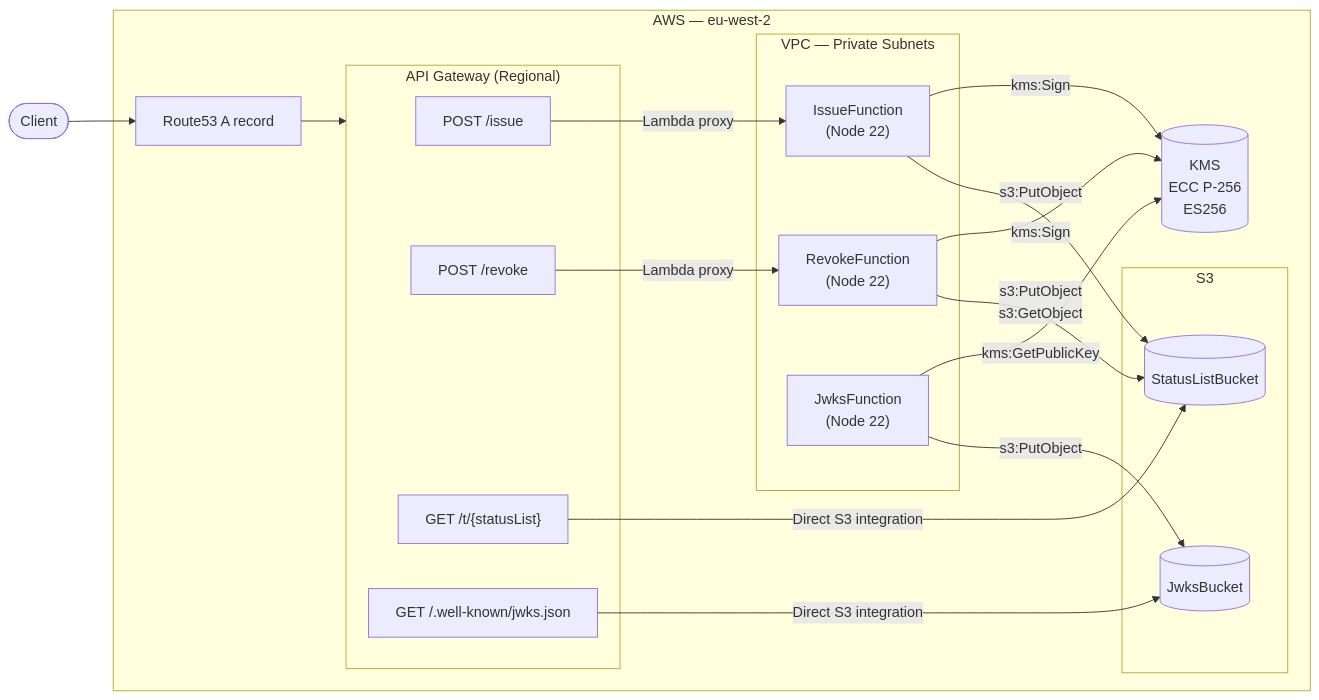
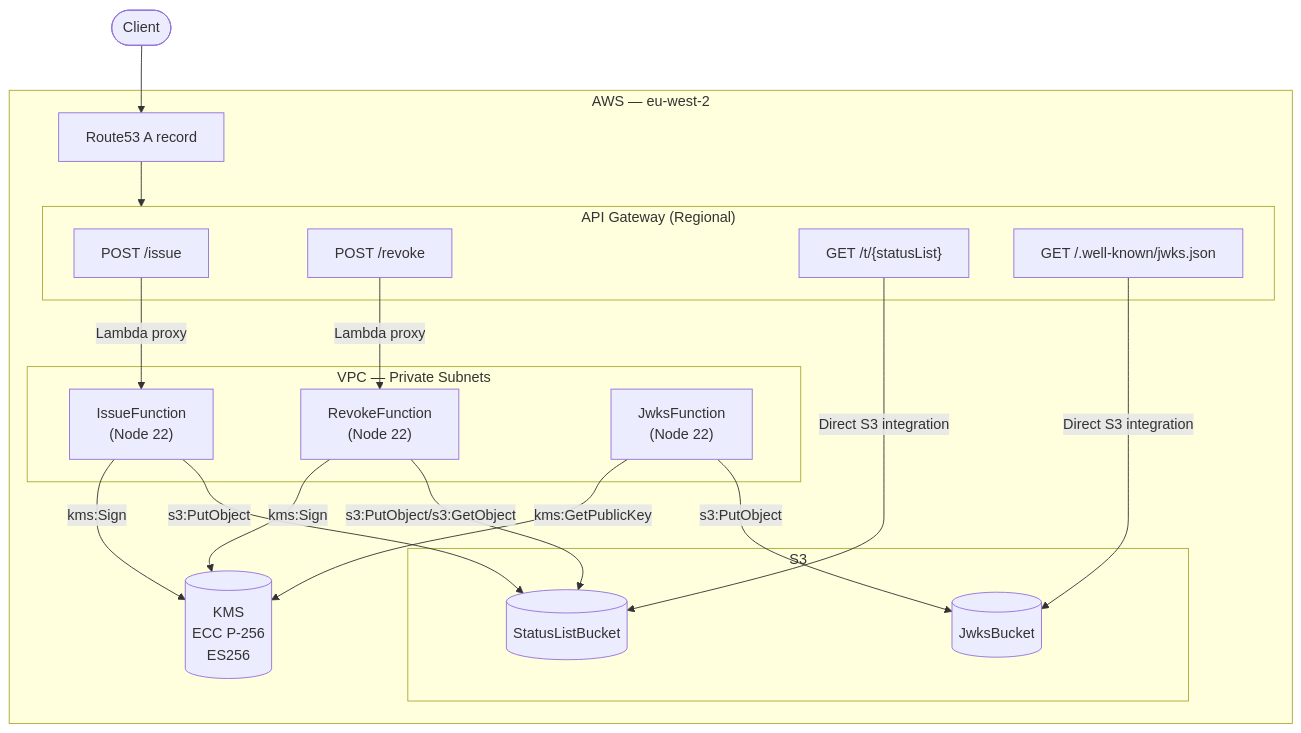
The diagram in docs/infrastructure.md (govuk-one-login/mobile-wallet-status-list-mock), drawn with Mermaid before and after one commit. The commit also changed other lines of this file and 1 other file, not shown here.

````diff
--- a/docs/infrastructure.md
+++ b/docs/infrastructure.md
@@ -8,45 +7,45 @@
 ```mermaid
-flowchart LR
+flowchart TB
     client(["Client"])
 
     subgraph aws ["AWS — eu-west-2"]
         r53["Route53 A record"]
 
         subgraph apigw ["API Gateway (Regional)"]
             ep1["POST /issue"]
             ep2["POST /revoke"]
             ep3["GET /t/{statusList}"]
             ep4["GET /.well-known/jwks.json"]
         end
 
         subgraph vpc ["VPC — Private Subnets"]
             issueF["IssueFunction\n(Node 22)"]
             revokeF["RevokeFunction\n(Node 22)"]
             jwksF["JwksFunction\n(Node 22)"]
         end
 
         kms[("KMS\nECC P-256\nES256")]
 
         subgraph s3 ["S3"]
             statusBucket[("StatusListBucket")]
             jwksBucket[("JwksBucket")]
         end
     end
 
     client --> r53
     r53 --> apigw
 
     ep1 -->|Lambda proxy| issueF
     ep2 -->|Lambda proxy| revokeF
     ep3 -->|Direct S3 integration| statusBucket
     ep4 -->|Direct S3 integration| jwksBucket
 
     issueF -->|kms:Sign| kms
     issueF -->|s3:PutObject| statusBucket
 
     revokeF -->|kms:Sign| kms
-    revokeF -->|s3:PutObject\ns3:GetObject| statusBucket
+    revokeF -->|s3:PutObject/s3:GetObject| statusBucket
 
     jwksF -->|kms:GetPublicKey| kms
     jwksF -->|s3:PutObject| jwksBucket
 ```
````
